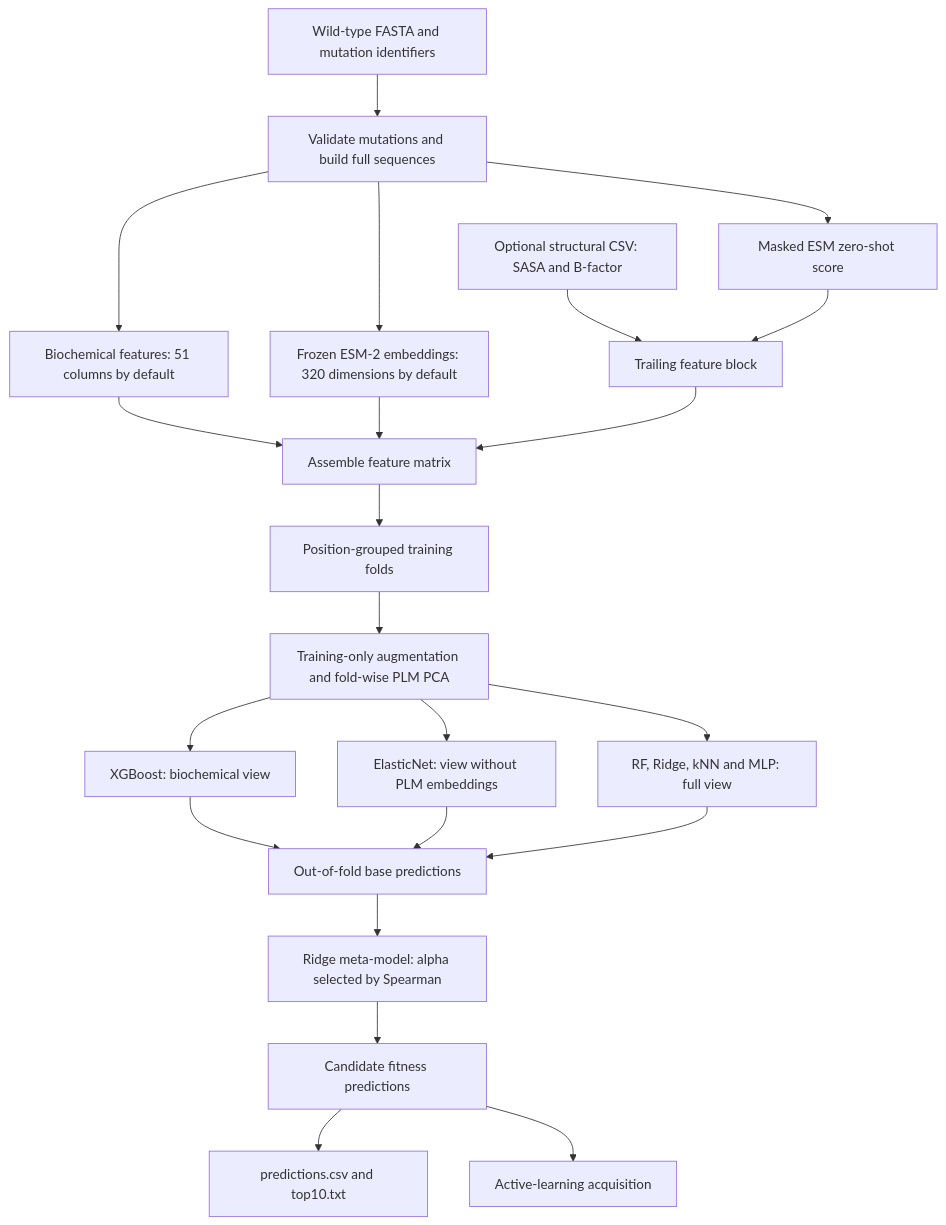
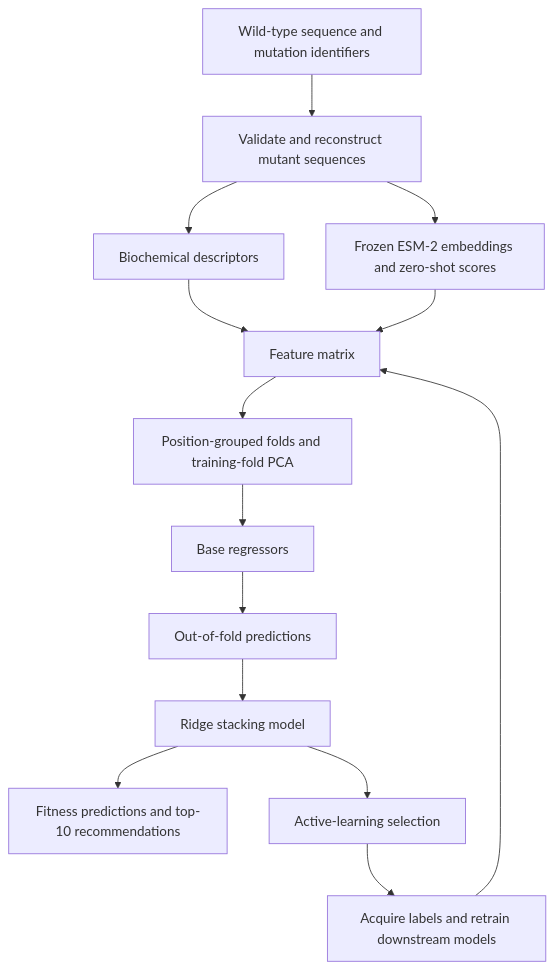
The diagram in README.md (ericsheng495/protein-fitness-active-learning), drawn with Mermaid before and after one commit. The commit also changed other lines of this file, not shown here.

````diff
--- a/README.md
+++ b/README.md
@@ -46,24 +19,16 @@
 ```mermaid
 flowchart TD
-    A[Wild-type FASTA and mutation identifiers] --> B[Validate mutations and build full sequences]
-    B --> C[Biochemical features: 51 columns by default]
-    B --> D[Frozen ESM-2 embeddings: 320 dimensions by default]
-    B --> E[Masked ESM zero-shot score]
-    F[Optional structural CSV: SASA and B-factor] --> G[Trailing feature block]
-    E --> G
-    C --> H[Assemble feature matrix]
-    D --> H
-    G --> H
-    H --> I[Position-grouped training folds]
-    I --> J[Training-only augmentation and fold-wise PLM PCA]
-    J --> K[XGBoost: biochemical view]
-    J --> L[ElasticNet: view without PLM embeddings]
-    J --> M[RF, Ridge, kNN and MLP: full view]
-    K --> N[Out-of-fold base predictions]
-    L --> N
-    M --> N
-    N --> O[Ridge meta-model: alpha selected by Spearman]
-    O --> P[Candidate fitness predictions]
-    P --> Q[predictions.csv and top10.txt]
-    P --> R[Active-learning acquisition]
+    A[Wild-type sequence and mutation identifiers] --> B[Validate and reconstruct mutant sequences]
+    B --> C[Biochemical descriptors]
+    B --> D[Frozen ESM-2 embeddings and zero-shot scores]
+    C --> E[Feature matrix]
+    D --> E
+    E --> F[Position-grouped folds and training-fold PCA]
+    F --> G[Base regressors]
+    G --> H[Out-of-fold predictions]
+    H --> I[Ridge stacking model]
+    I --> J[Fitness predictions and top-10 recommendations]
+    I --> K[Active-learning selection]
+    K --> L[Acquire labels and retrain downstream models]
+    L --> E
 ```
````
